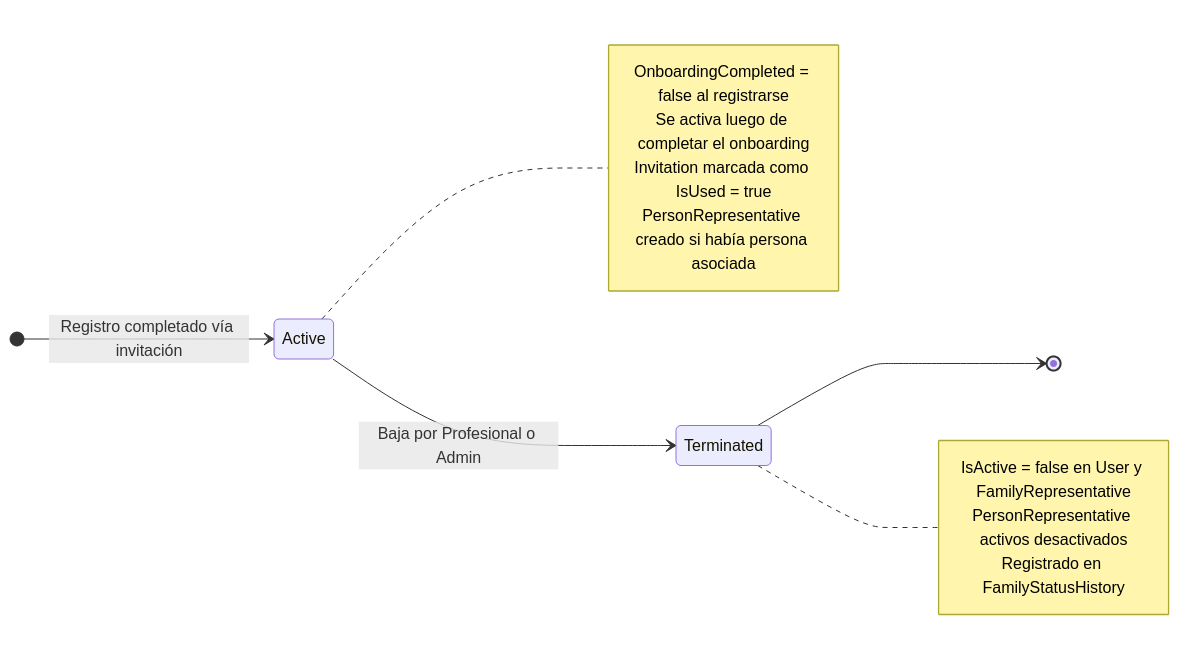
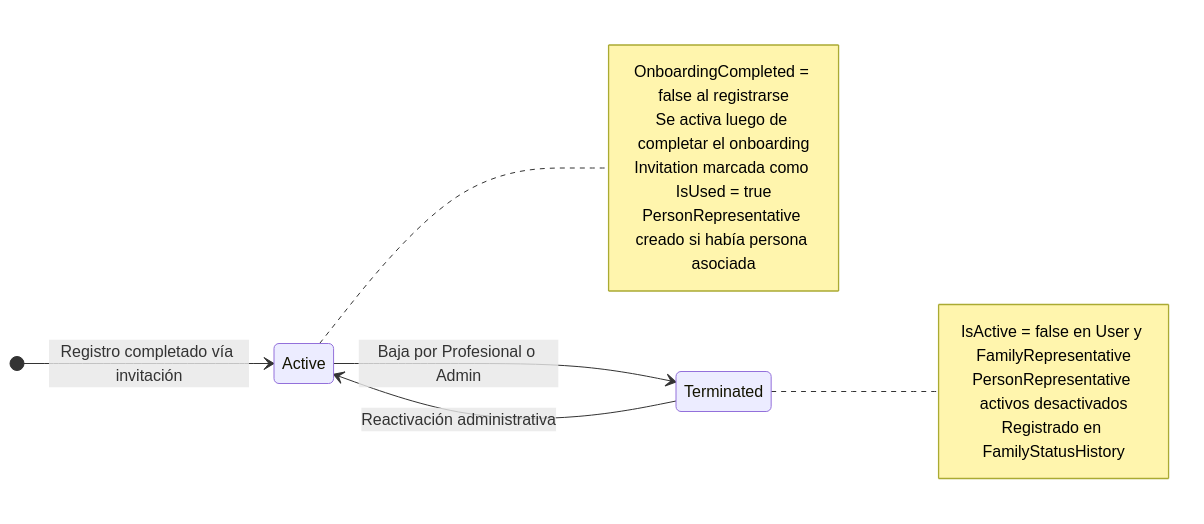
One commit to Sacha-html/InclusiON changed the diagram in InclusiON.Documents/Diagrams/Estados/family-representative.md. Above: the diagram before and after it, drawn with Mermaid. The commit also changed other lines of this file and 37 other files, not shown here.

````diff
--- a/InclusiON.Documents/Diagrams/Estados/family-representative.md
+++ b/InclusiON.Documents/Diagrams/Estados/family-representative.md
@@ -20,23 +20,23 @@
 ```mermaid
 stateDiagram-v2
     direction LR
 
     [*] --> Active : Registro completado vía invitación
 
     Active --> Terminated : Baja por Profesional o Admin
 
-    Terminated --> [*]
+    Terminated --> Active : Reactivación administrativa
 
     note right of Active
         OnboardingCompleted = false al registrarse
         Se activa luego de completar el onboarding
         Invitation marcada como IsUsed = true
         PersonRepresentative creado si había persona asociada
     end note
 
     note right of Terminated
         IsActive = false en User y FamilyRepresentative
         PersonRepresentative activos desactivados
         Registrado en FamilyStatusHistory
     end note
 ```
````
